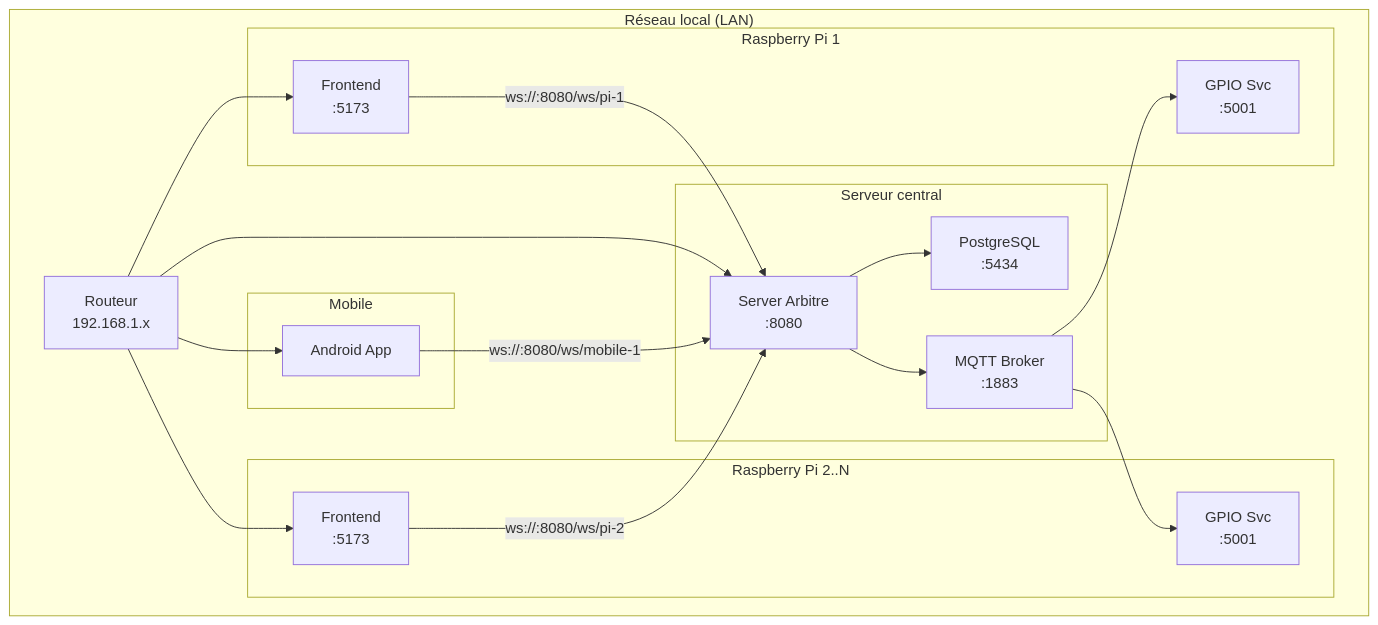
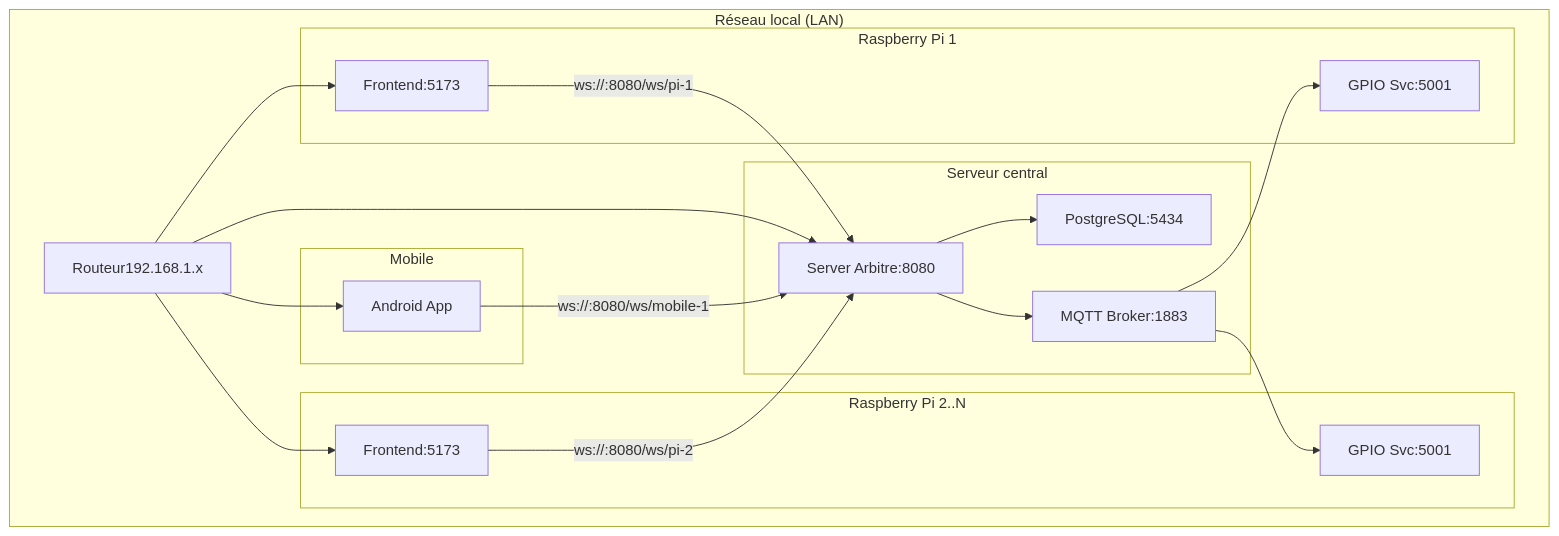
Diagram 14 of 17 in ARCHITECTURE.md (EnterNAthan/RaceTyper), drawn with Mermaid before and after one commit. The commit also changed other lines of this file, not shown here.

Commit message:
fix architecture markdown

````diff
--- a/ARCHITECTURE.md
+++ b/ARCHITECTURE.md
@@ -548,38 +558,38 @@
 ```mermaid
 graph TB
     subgraph "Réseau local (LAN)"
-        R["Routeur\n192.168.1.x"]
+        R["Routeur192.168.1.x"]
 
         subgraph "Serveur central"
-            SRV["Server Arbitre\n:8080"]
-            PG["PostgreSQL\n:5434"]
-            MQ["MQTT Broker\n:1883"]
+            SRV["Server Arbitre:8080"]
+            PG["PostgreSQL:5434"]
+            MQ["MQTT Broker:1883"]
         end
 
         subgraph "Raspberry Pi 1"
-            FE1["Frontend\n:5173"]
-            GP1["GPIO Svc\n:5001"]
+            FE1["Frontend:5173"]
+            GP1["GPIO Svc:5001"]
         end
 
         subgraph "Raspberry Pi 2..N"
-            FE2["Frontend\n:5173"]
-            GP2["GPIO Svc\n:5001"]
+            FE2["Frontend:5173"]
+            GP2["GPIO Svc:5001"]
         end
 
         subgraph "Mobile"
             AND["Android App"]
         end
 
         R --> SRV
         R --> FE1
         R --> FE2
         R --> AND
         FE1 -- "ws://:8080/ws/pi-1" --> SRV
         FE2 -- "ws://:8080/ws/pi-2" --> SRV
         AND -- "ws://:8080/ws/mobile-1" --> SRV
         SRV --> PG
         SRV --> MQ
         MQ --> GP1
         MQ --> GP2
     end
 ```
````
